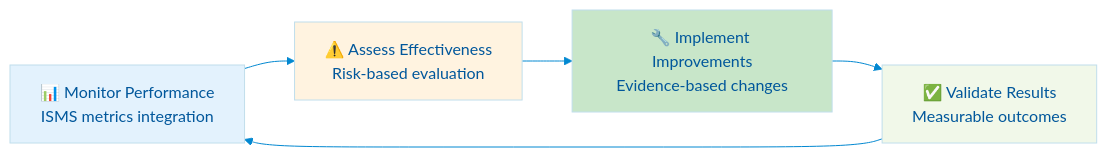
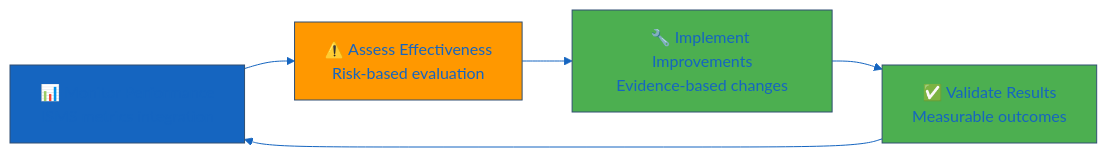
Before and after one commit to Hack23/ISMS-PUBLIC: the seventh of 7 diagrams in AI_Policy.md, drawn with Mermaid. The commit also changed other lines of this file, not shown here.

````diff
--- a/AI_Policy.md
+++ b/AI_Policy.md
@@ -308,24 +542,24 @@
 ```mermaid
 %%{
   init: {
     'theme': 'base',
     'themeVariables': {
-      'primaryColor': '#e1f5fe',
-      'primaryTextColor': '#01579b',
-      'lineColor': '#0288d1',
-      'secondaryColor': '#f1f8e9',
-      'tertiaryColor': '#fff8e1'
+      'primaryColor': '#1565C0',
+      'primaryTextColor': '#1565C0',
+      'lineColor': '#1565C0',
+      'secondaryColor': '#4CAF50',
+      'tertiaryColor': '#FFC107'
     }
   }
 }%%
 flowchart LR
     MONITOR[📊 Monitor Performance<br/>ISMS metrics integration] --> ASSESS[⚠️ Assess Effectiveness<br/>Risk-based evaluation]
     ASSESS --> IMPROVE[🔧 Implement Improvements<br/>Evidence-based changes]
     IMPROVE --> VALIDATE[✅ Validate Results<br/>Measurable outcomes]
     VALIDATE --> MONITOR
     
-    style MONITOR fill:#e3f2fd
-    style ASSESS fill:#fff3e0
-    style IMPROVE fill:#c8e6c9
-    style VALIDATE fill:#f1f8e9
+    style MONITOR fill:#1565C0
+    style ASSESS fill:#FF9800
+    style IMPROVE fill:#4CAF50
+    style VALIDATE fill:#4CAF50
 ```
````
